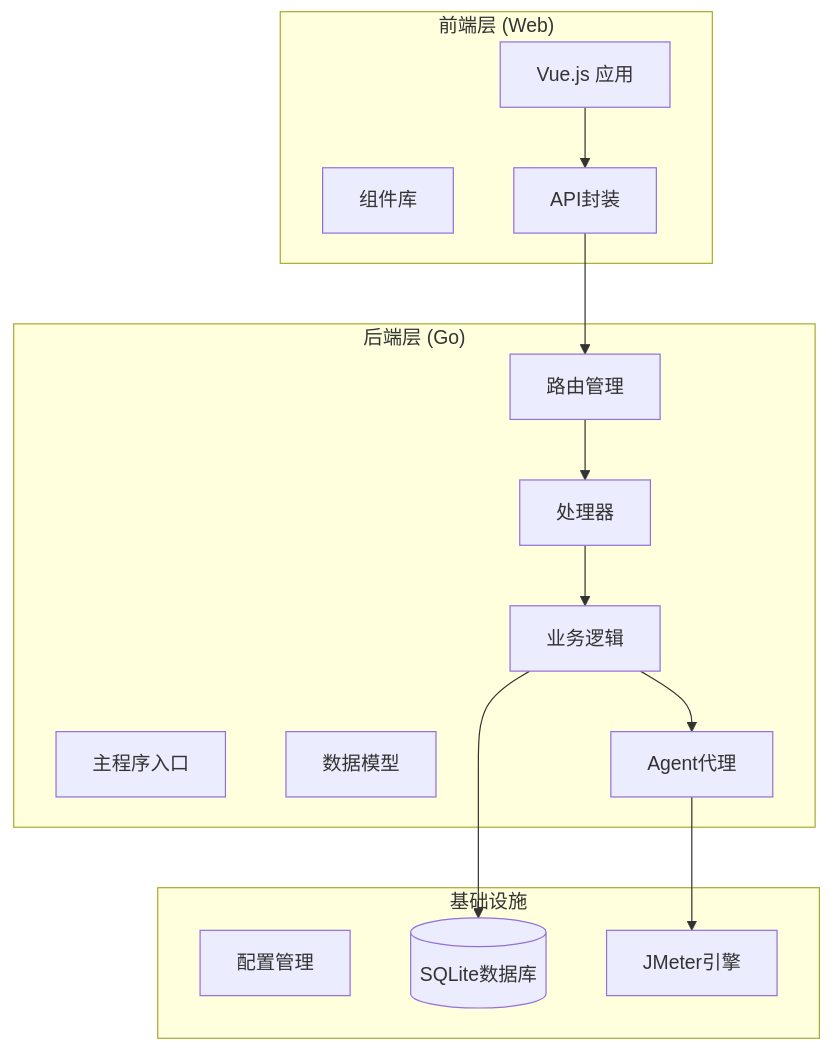
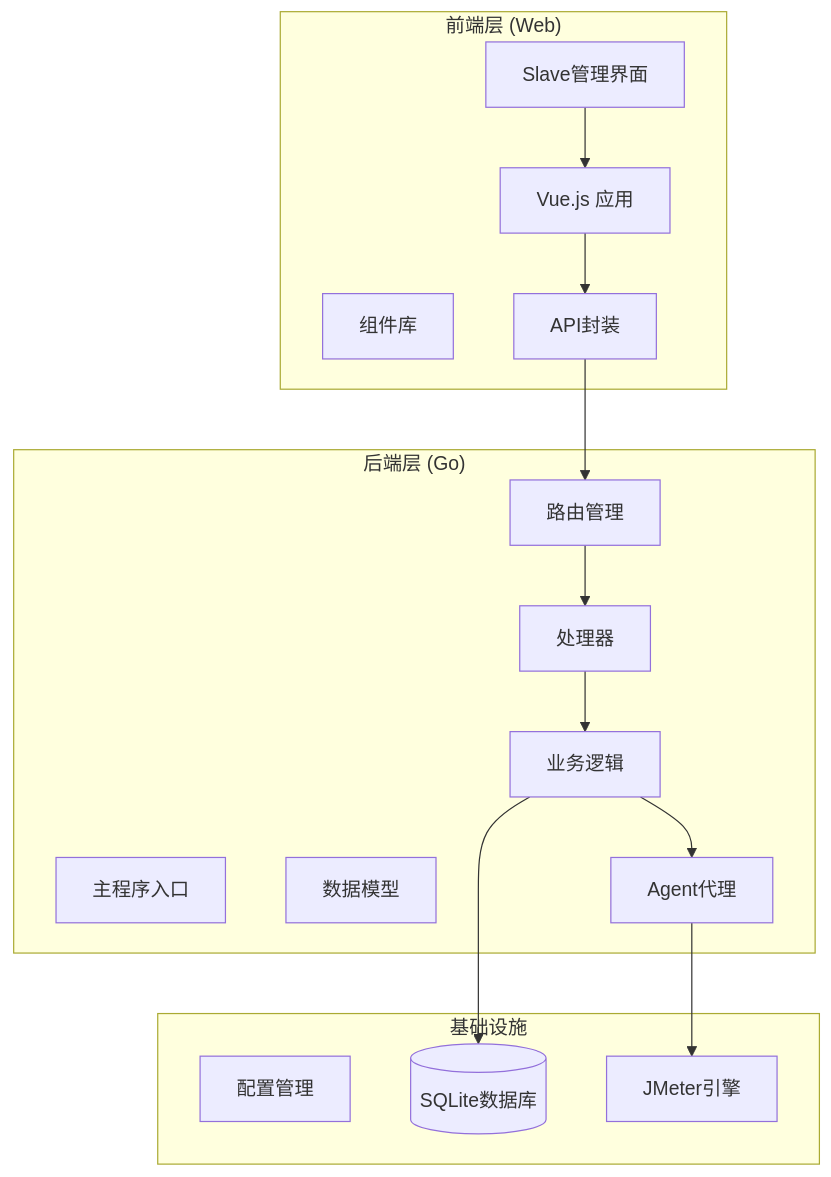
Before and after one commit to Liyuhao02/Jmeter-Admin: the first of 9 diagrams in .qoder/repowiki/zh/content/核心业务模块/Slave节点管理系统/实时资源监控.md, drawn with Mermaid. The commit also changed other lines of this file and 34 other files, not shown here.

````diff
--- a/.qoder/repowiki/zh/content/核心业务模块/Slave节点管理系统/实时资源监控.md
+++ b/.qoder/repowiki/zh/content/核心业务模块/Slave节点管理系统/实时资源监控.md
@@ -45,28 +55,30 @@
 ```mermaid
 graph TB
 subgraph "前端层 (Web)"
 Vue[Vue.js 应用]
 Components[组件库]
 API[API封装]
+SlaveManage[Slave管理界面]
 end
 subgraph "后端层 (Go)"
 Main[主程序入口]
 Router[路由管理]
 Handler[处理器]
 Service[业务逻辑]
 Model[数据模型]
 Agent[Agent代理]
 end
 subgraph "基础设施"
 Config[配置管理]
 Database[(SQLite数据库)]
 JMeter[JMeter引擎]
 end
 Vue --> API
 API --> Router
 Router --> Handler
 Handler --> Service
 Service --> Database
 Service --> Agent
 Agent --> JMeter
+SlaveManage --> Vue
 ```
````
